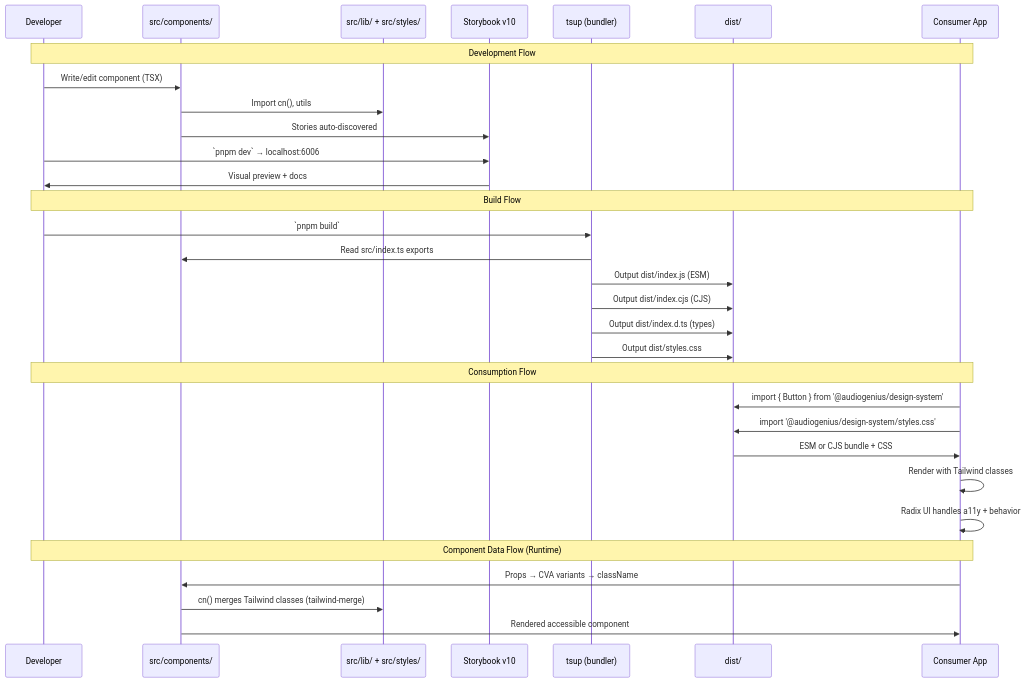
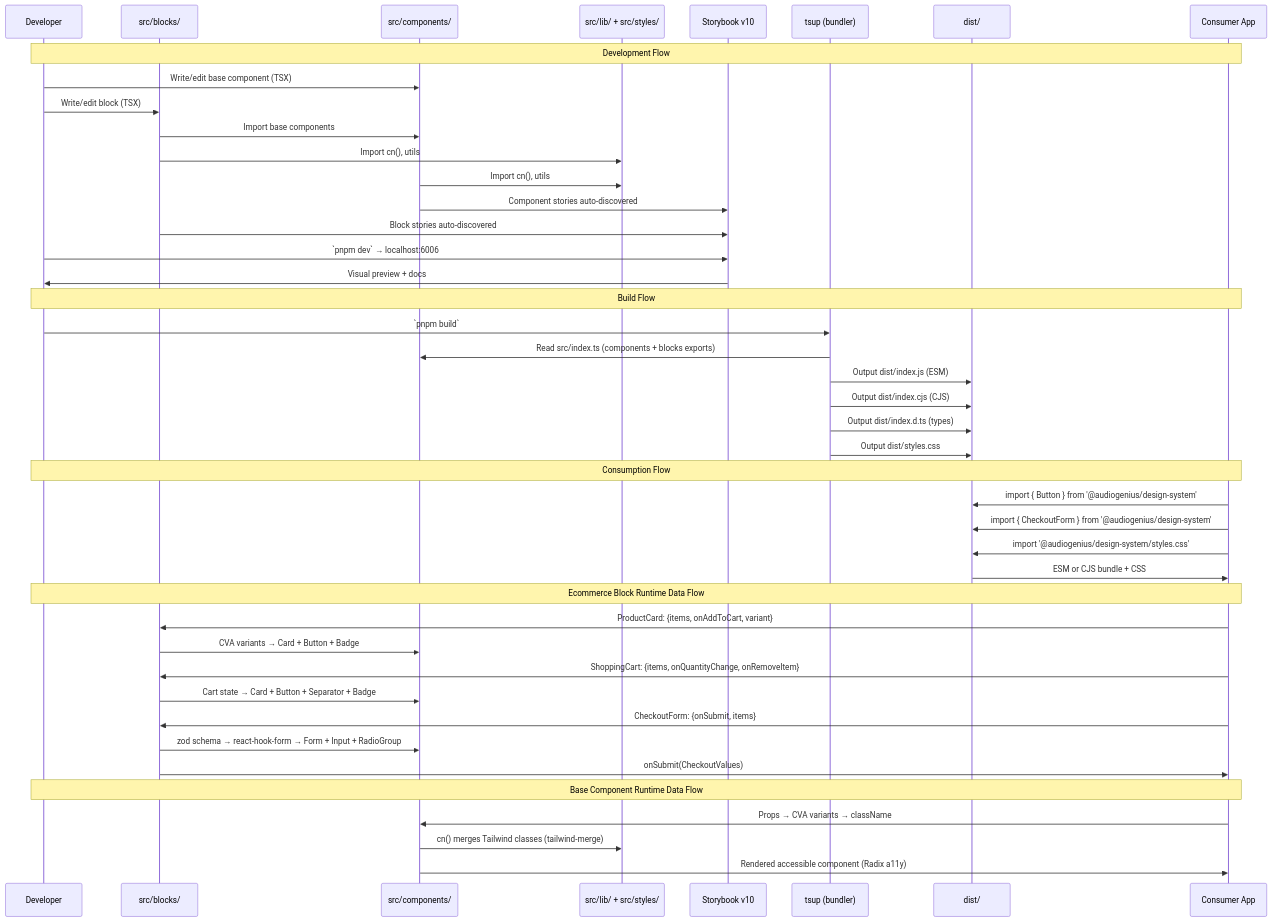
The diagram in knowledge/architecture/design-system-data-flow.md (launchapp-dev/invoicer), drawn with Mermaid before and after one commit. The commit also changed other lines of this file and 2 other files, not shown here.

Commit message:
Refresh design-system architecture diagrams for ecommerce blocks (#52)
Update all four architecture diagrams to reflect the new two-tier
architecture: 52 base components + 7 block categories (auth, dashboard,
data, ecommerce, marketing, navigation, settings).

Key changes:
- system: Add blocks layer with all 7 categories, show block→component deps
- dependency: Show internal module dependency graph (blocks→components→radix),
  add @dnd-kit packages, highlight ecommerce component dependencies
- data-flow: Add blocks to dev/build flow, add ecommerce runtime data flow
  (ProductCard, ShoppingCart, CheckoutForm prop/callback patterns)
- deployment: Update source tree to show blocks alongside components,
  clarify single entry point re-exports both layers

````diff
--- a/knowledge/architecture/design-system-data-flow.md
+++ b/knowledge/architecture/design-system-data-flow.md
@@ -19,37 +19,50 @@
 ```mermaid
 sequenceDiagram
     participant DEV as Developer
+    participant BLOCKS as src/blocks/
     participant SRC as src/components/
     participant LIB as src/lib/ + src/styles/
     participant SB as Storybook v10
     participant TSUP as tsup (bundler)
     participant DIST as dist/
     participant APP as Consumer App
 
     Note over DEV,APP: Development Flow
-    DEV->>SRC: Write/edit component (TSX)
+    DEV->>SRC: Write/edit base component (TSX)
+    DEV->>BLOCKS: Write/edit block (TSX)
+    BLOCKS->>SRC: Import base components
+    BLOCKS->>LIB: Import cn(), utils
     SRC->>LIB: Import cn(), utils
-    SRC->>SB: Stories auto-discovered
+    SRC->>SB: Component stories auto-discovered
+    BLOCKS->>SB: Block stories auto-discovered
     DEV->>SB: `pnpm dev` → localhost:6006
     SB->>DEV: Visual preview + docs
 
     Note over DEV,APP: Build Flow
     DEV->>TSUP: `pnpm build`
-    TSUP->>SRC: Read src/index.ts exports
+    TSUP->>SRC: Read src/index.ts (components + blocks exports)
     TSUP->>DIST: Output dist/index.js (ESM)
     TSUP->>DIST: Output dist/index.cjs (CJS)
     TSUP->>DIST: Output dist/index.d.ts (types)
     TSUP->>DIST: Output dist/styles.css
 
     Note over DEV,APP: Consumption Flow
     APP->>DIST: import { Button } from '@audiogenius/design-system'
+    APP->>DIST: import { CheckoutForm } from '@audiogenius/design-system'
     APP->>DIST: import '@audiogenius/design-system/styles.css'
     DIST->>APP: ESM or CJS bundle + CSS
-    APP->>APP: Render with Tailwind classes
-    APP->>APP: Radix UI handles a11y + behavior
 
-    Note over DEV,APP: Component Data Flow (Runtime)
+    Note over DEV,APP: Ecommerce Block Runtime Data Flow
+    APP->>BLOCKS: ProductCard: {items, onAddToCart, variant}
+    BLOCKS->>SRC: CVA variants → Card + Button + Badge
+    APP->>BLOCKS: ShoppingCart: {items, onQuantityChange, onRemoveItem}
+    BLOCKS->>SRC: Cart state → Card + Button + Separator + Badge
+    APP->>BLOCKS: CheckoutForm: {onSubmit, items}
+    BLOCKS->>SRC: zod schema → react-hook-form → Form + Input + RadioGroup
+    BLOCKS->>APP: onSubmit(CheckoutValues)
+
+    Note over DEV,APP: Base Component Runtime Data Flow
     APP->>SRC: Props → CVA variants → className
     SRC->>LIB: cn() merges Tailwind classes (tailwind-merge)
-    SRC->>APP: Rendered accessible component
+    SRC->>APP: Rendered accessible component (Radix a11y)
 ```
````
